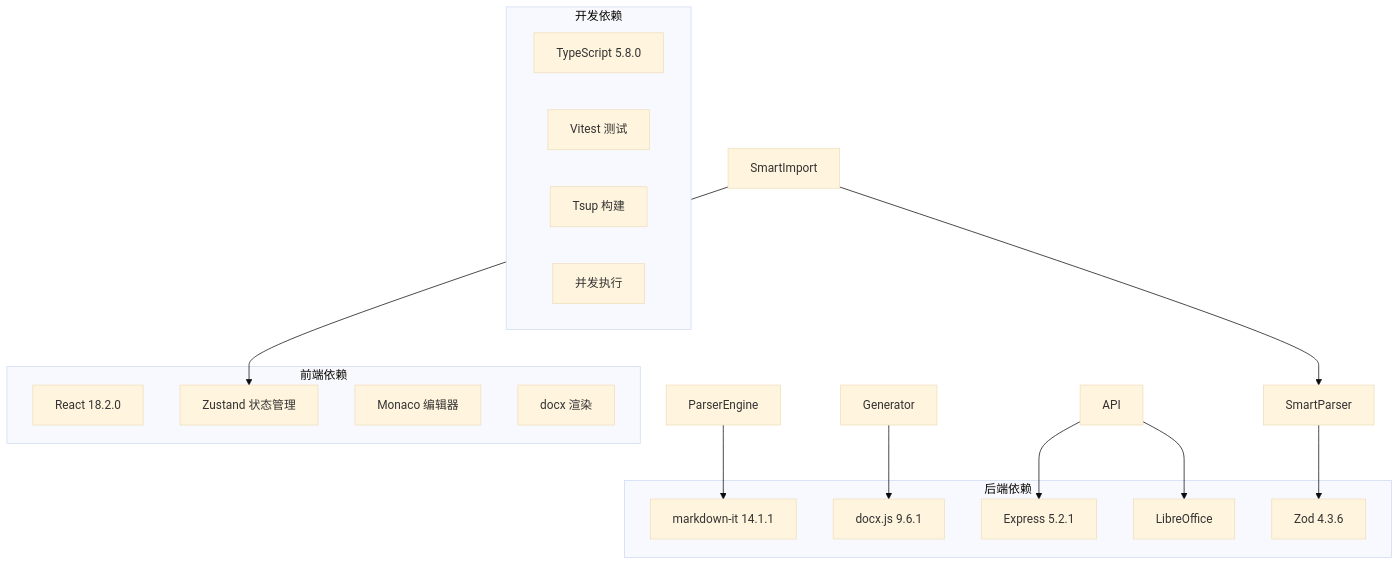
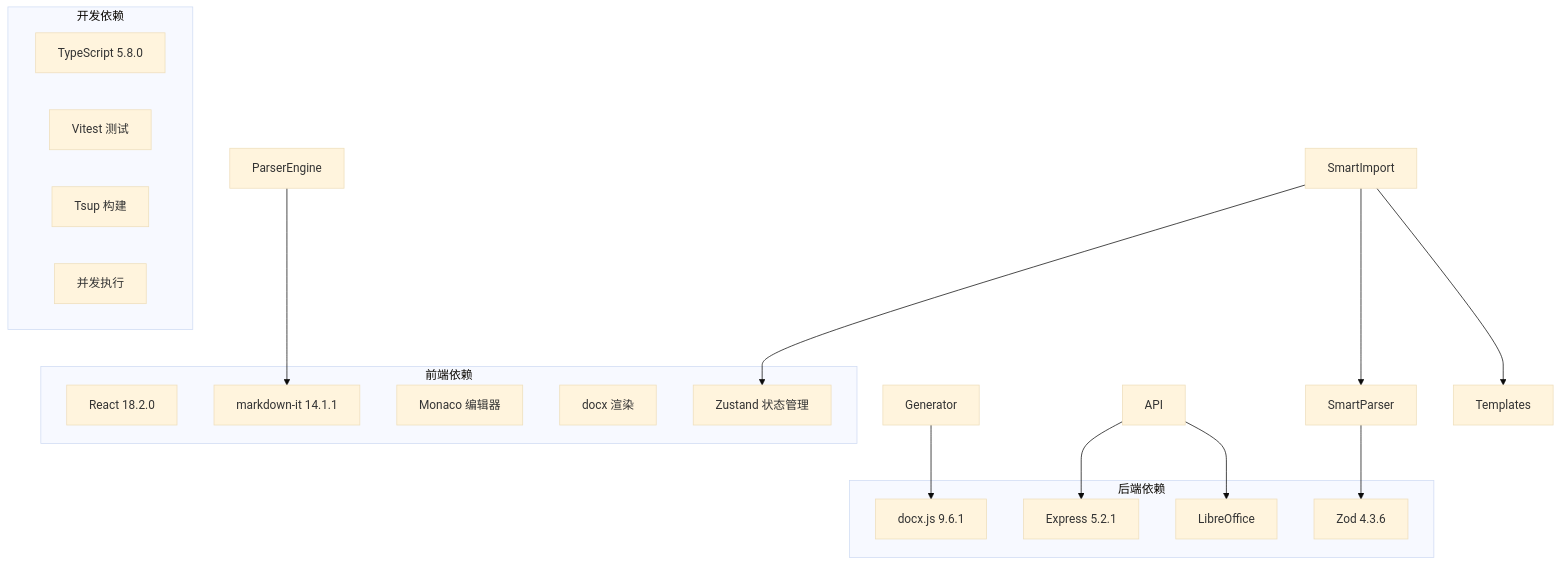
The ninth of 10 diagrams in .lingma/repowiki/zh/content/用户指南/配置系统/智能配置导入系统.md (wanwushelie/markdown-to-word-studio), drawn with Mermaid (base theme) before and after one commit. The commit also changed other lines of this file and 21 other files, not shown here.

````diff
--- a/.lingma/repowiki/zh/content/用户指南/配置系统/智能配置导入系统.md
+++ b/.lingma/repowiki/zh/content/用户指南/配置系统/智能配置导入系统.md
@@ -432,29 +470,30 @@
 ```mermaid
 graph TB
 subgraph "前端依赖"
 React[React 18.2.0]
 Zustand[Zustand 状态管理]
 Monaco[Monaco 编辑器]
 Docx[docx 渲染]
+MarkdownIt[markdown-it 14.1.1]
 end
 subgraph "后端依赖"
 Express[Express 5.2.1]
 DocxJS[docx.js 9.6.1]
-MarkdownIt[markdown-it 14.1.1]
 Zod[Zod 4.3.6]
 LibreOffice[LibreOffice]
 end
 subgraph "开发依赖"
 TypeScript[TypeScript 5.8.0]
 Vitest[Vitest 测试]
 Tsup[Tsup 构建]
 Concurrently[并发执行]
 end
 SmartImport --> Zustand
 SmartImport --> SmartParser
+SmartImport --> Templates
 SmartParser --> Zod
 ParserEngine --> MarkdownIt
 Generator --> DocxJS
 API --> Express
 API --> LibreOffice
 ```
````
